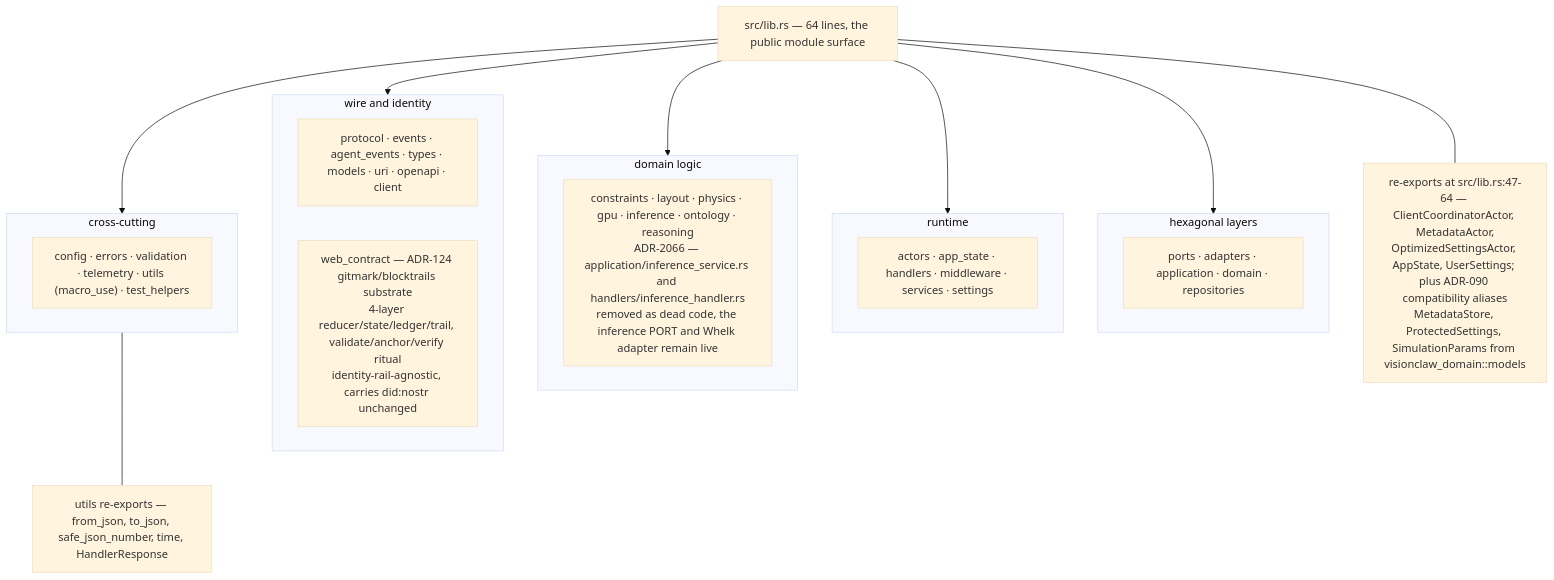
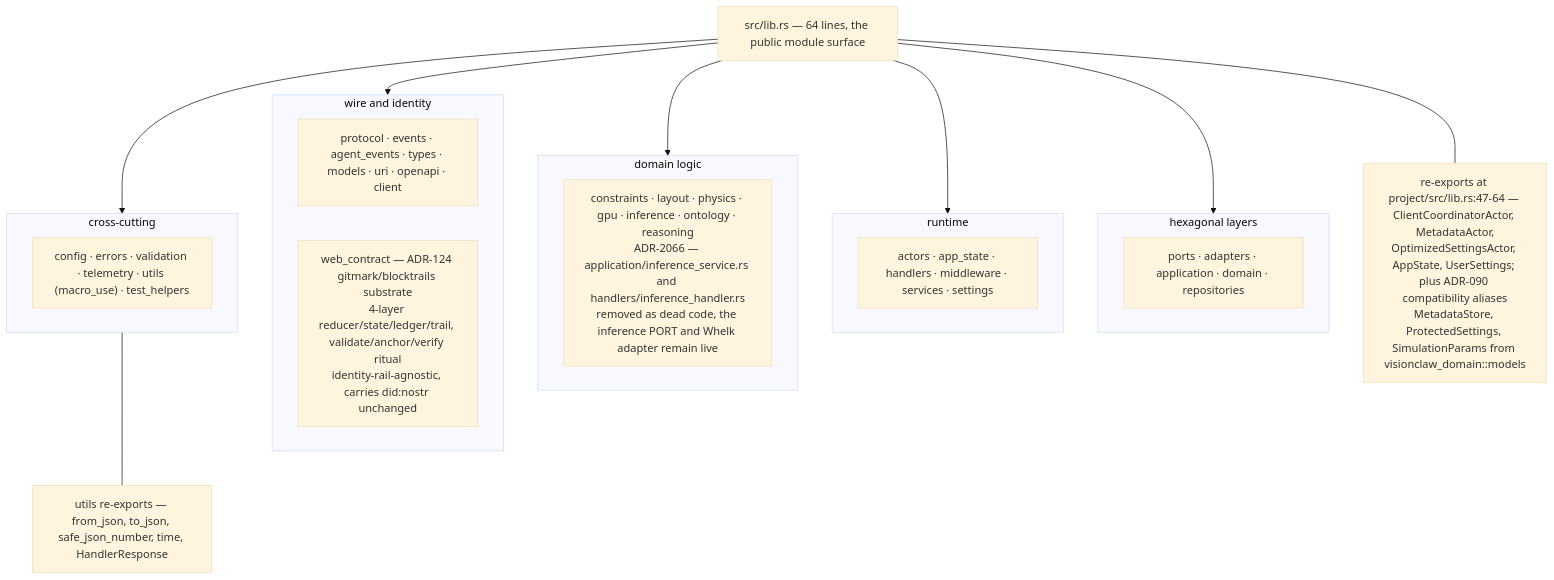
The fourth of 12 diagrams in docs/diagrams/visionclaw/07-hexagonal-ports-and-crates.md (DreamLab-AI/VisionFlow), drawn with Mermaid (base theme) before and after one commit. The commit also changed other lines of this file and 185 other files, not shown here.

Commit message:
docs(estate): reconcile diagrams and ADRs with source and define closeout sprint

````diff
--- a/docs/diagrams/visionclaw/07-hexagonal-ports-and-crates.md
+++ b/docs/diagrams/visionclaw/07-hexagonal-ports-and-crates.md
@@ -143,29 +152,29 @@
 ```mermaid
 flowchart TB
     L["src/lib.rs — 64 lines, the public module surface"]
     subgraph HEX["hexagonal layers"]
         H1["ports · adapters · application · domain · repositories"]
     end
     subgraph RUNTIME["runtime"]
         R1["actors · app_state · handlers · middleware · services · settings"]
     end
     subgraph DOMAINLOGIC["domain logic"]
         D1["constraints · layout · physics · gpu · inference · ontology · reasoning<br/>ADR-2066 — application/inference_service.rs and handlers/inference_handler.rs<br/>removed as dead code, the inference PORT and Whelk adapter remain live"]
     end
     subgraph WIRE["wire and identity"]
         W1["protocol · events · agent_events · types · models · uri · openapi · client"]
         W2["web_contract — ADR-124 gitmark/blocktrails substrate<br/>4-layer reducer/state/ledger/trail, validate/anchor/verify ritual<br/>identity-rail-agnostic, carries did:nostr unchanged"]
     end
     subgraph CROSS["cross-cutting"]
         C1["config · errors · validation · telemetry · utils (macro_use) · test_helpers"]
     end
     L --> HEX
     L --> RUNTIME
     L --> DOMAINLOGIC
     L --> WIRE
     L --> CROSS
-    RE["re-exports at src/lib.rs:47-64 — ClientCoordinatorActor, MetadataActor,<br/>OptimizedSettingsActor, AppState, UserSettings; plus ADR-090 compatibility aliases<br/>MetadataStore, ProtectedSettings, SimulationParams from visionclaw_domain::models"]
+    RE["re-exports at project/src/lib.rs:47-64 — ClientCoordinatorActor, MetadataActor,<br/>OptimizedSettingsActor, AppState, UserSettings; plus ADR-090 compatibility aliases<br/>MetadataStore, ProtectedSettings, SimulationParams from visionclaw_domain::models"]
     L --- RE
     U["utils re-exports — from_json, to_json, safe_json_number, time, HandlerResponse"]
     CROSS --- U
 ```
````
